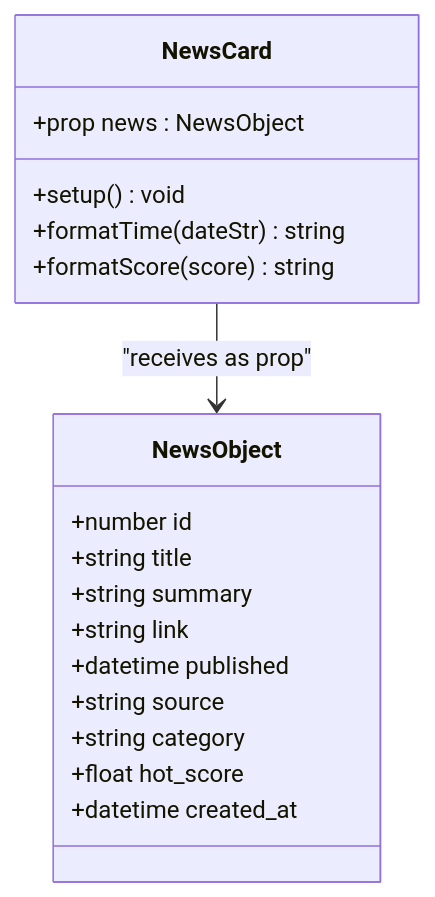
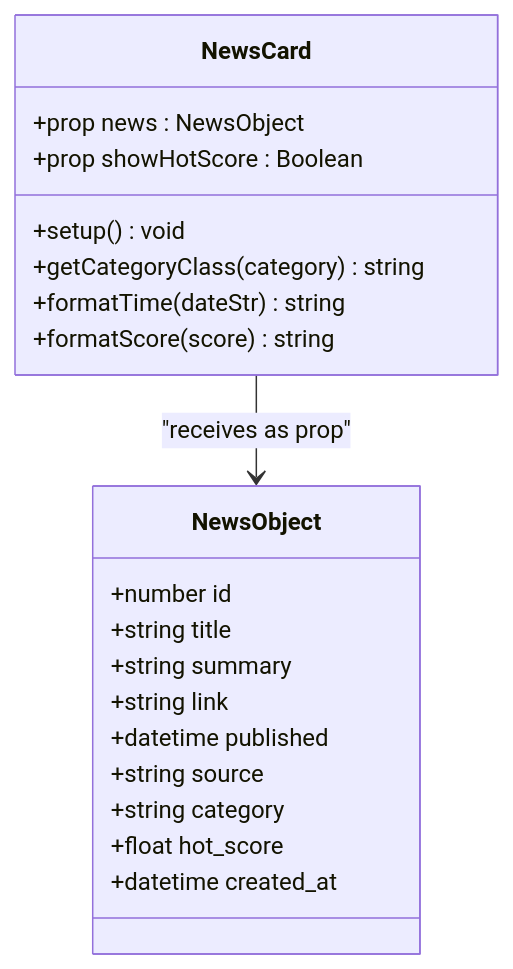
Before and after one commit to zbw-zbw/news-aggregator: the third of 9 diagrams in .qoder/repowiki/en/content/Frontend Application/NewsCard Component.md, drawn with Mermaid. The commit also changed other lines of this file and 4 other files, not shown here.

````diff
--- a/.qoder/repowiki/en/content/Frontend Application/NewsCard Component.md
+++ b/.qoder/repowiki/en/content/Frontend Application/NewsCard Component.md
@@ -107,21 +125,23 @@
 ```mermaid
 classDiagram
 class NewsObject {
 +number id
 +string title
 +string summary
 +string link
 +datetime published
 +string source
 +string category
 +float hot_score
 +datetime created_at
 }
 class NewsCard {
 +prop news : NewsObject
++prop showHotScore : Boolean
 +setup() void
++getCategoryClass(category) string
 +formatTime(dateStr) string
 +formatScore(score) string
 }
 NewsCard --> NewsObject : "receives as prop"
 ```
````
